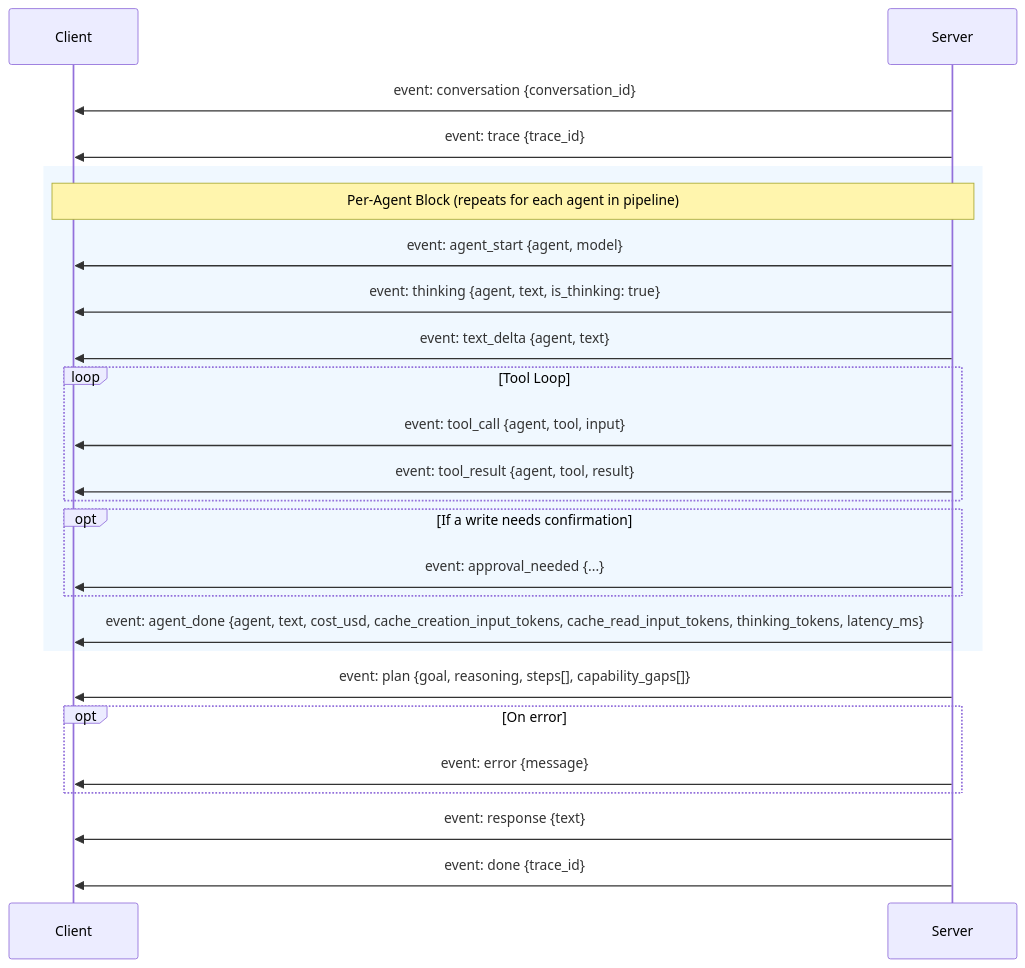
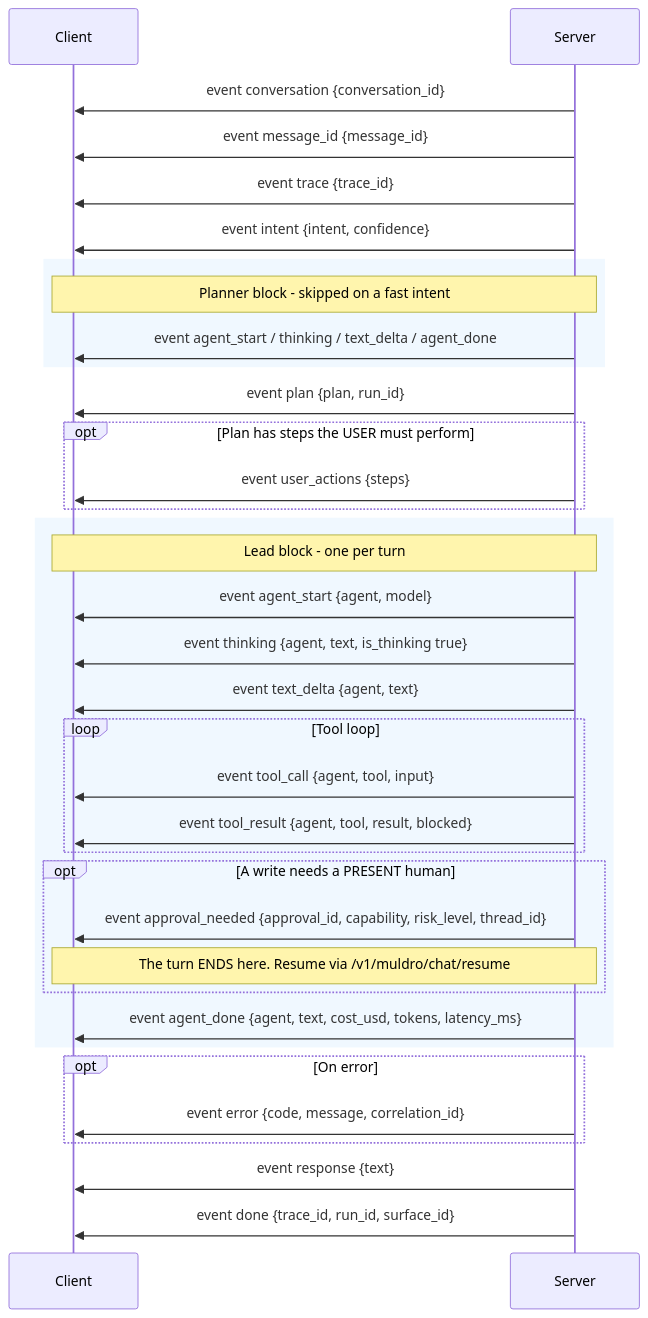
The second of 3 diagrams in docs/architecture/message-flow.md (shivadharmi/muldro), drawn with Mermaid before and after one commit. The commit also changed other lines of this file and 13 other files, not shown here.

First line of the commit message:
docs: one chat shape, presence, and the PREPARE verdict

````diff
--- a/docs/architecture/message-flow.md
+++ b/docs/architecture/message-flow.md
@@ -77,32 +79,43 @@
 ```mermaid
 sequenceDiagram
     participant C as Client
     participant S as Server
 
-    S->>C: event: conversation {conversation_id}
-    S->>C: event: trace {trace_id}
+    S->>C: event conversation {conversation_id}
+    S->>C: event message_id {message_id}
+    S->>C: event trace {trace_id}
+    S->>C: event intent {intent, confidence}
 
     rect rgb(240, 248, 255)
-        Note over C,S: Per-Agent Block (repeats for each agent in pipeline)
-        S->>C: event: agent_start {agent, model}
-        S->>C: event: thinking {agent, text, is_thinking: true}
-        S->>C: event: text_delta {agent, text}
-        loop Tool Loop
-            S->>C: event: tool_call {agent, tool, input}
-            S->>C: event: tool_result {agent, tool, result}
-        end
-        opt If a write needs confirmation
-            S->>C: event: approval_needed {...}
-        end
-        S->>C: event: agent_done {agent, text, cost_usd, cache_creation_input_tokens, cache_read_input_tokens, thinking_tokens, latency_ms}
+        Note over C,S: Planner block - skipped on a fast intent
+        S->>C: event agent_start / thinking / text_delta / agent_done
     end
 
-    S->>C: event: plan {goal, reasoning, steps[], capability_gaps[]}
+    S->>C: event plan {plan, run_id}
+    opt Plan has steps the USER must perform
+        S->>C: event user_actions {steps}
+    end
+
+    rect rgb(240, 248, 255)
+        Note over C,S: Lead block - one per turn
+        S->>C: event agent_start {agent, model}
+        S->>C: event thinking {agent, text, is_thinking true}
+        S->>C: event text_delta {agent, text}
+        loop Tool loop
+            S->>C: event tool_call {agent, tool, input}
+            S->>C: event tool_result {agent, tool, result, blocked}
+        end
+        opt A write needs a PRESENT human
+            S->>C: event approval_needed {approval_id, capability, risk_level, thread_id}
+            Note over C,S: The turn ENDS here. Resume via /v1/muldro/chat/resume
+        end
+        S->>C: event agent_done {agent, text, cost_usd, tokens, latency_ms}
+    end
 
     opt On error
-        S->>C: event: error {message}
+        S->>C: event error {code, message, correlation_id}
     end
 
-    S->>C: event: response {text}
-    S->>C: event: done {trace_id}
+    S->>C: event response {text}
+    S->>C: event done {trace_id, run_id, surface_id}
 ```
````
